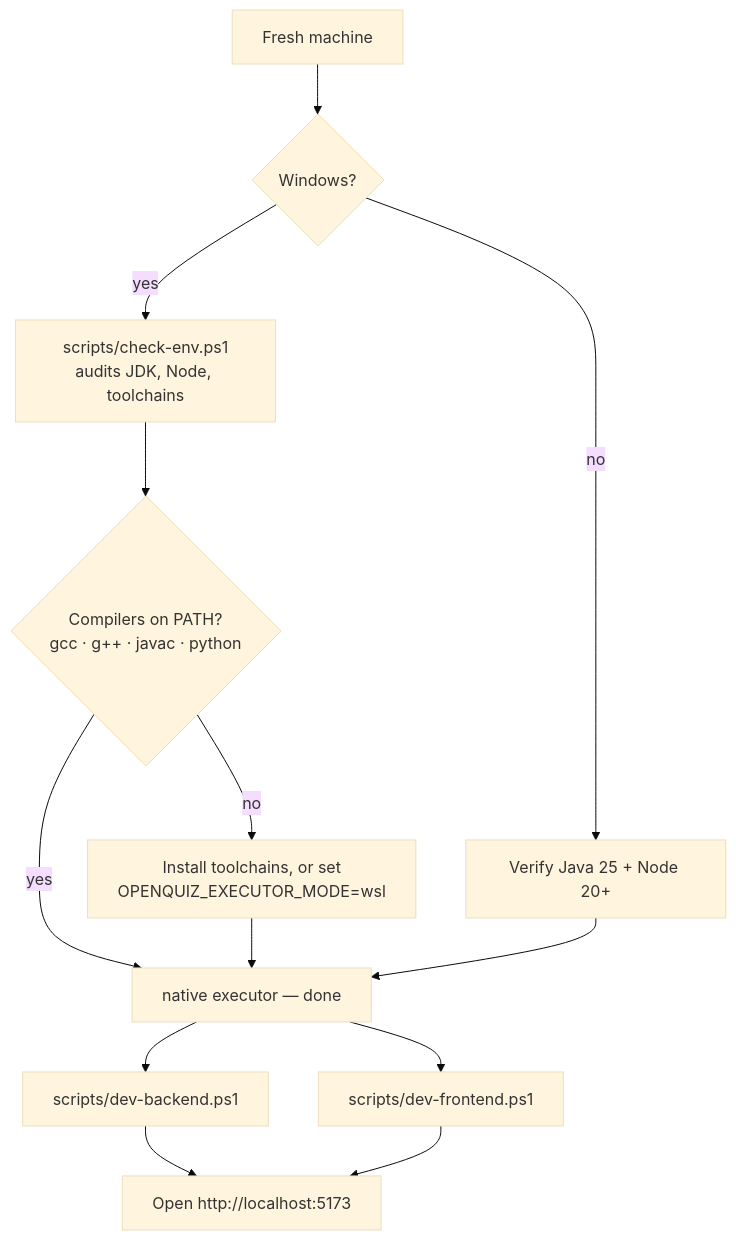
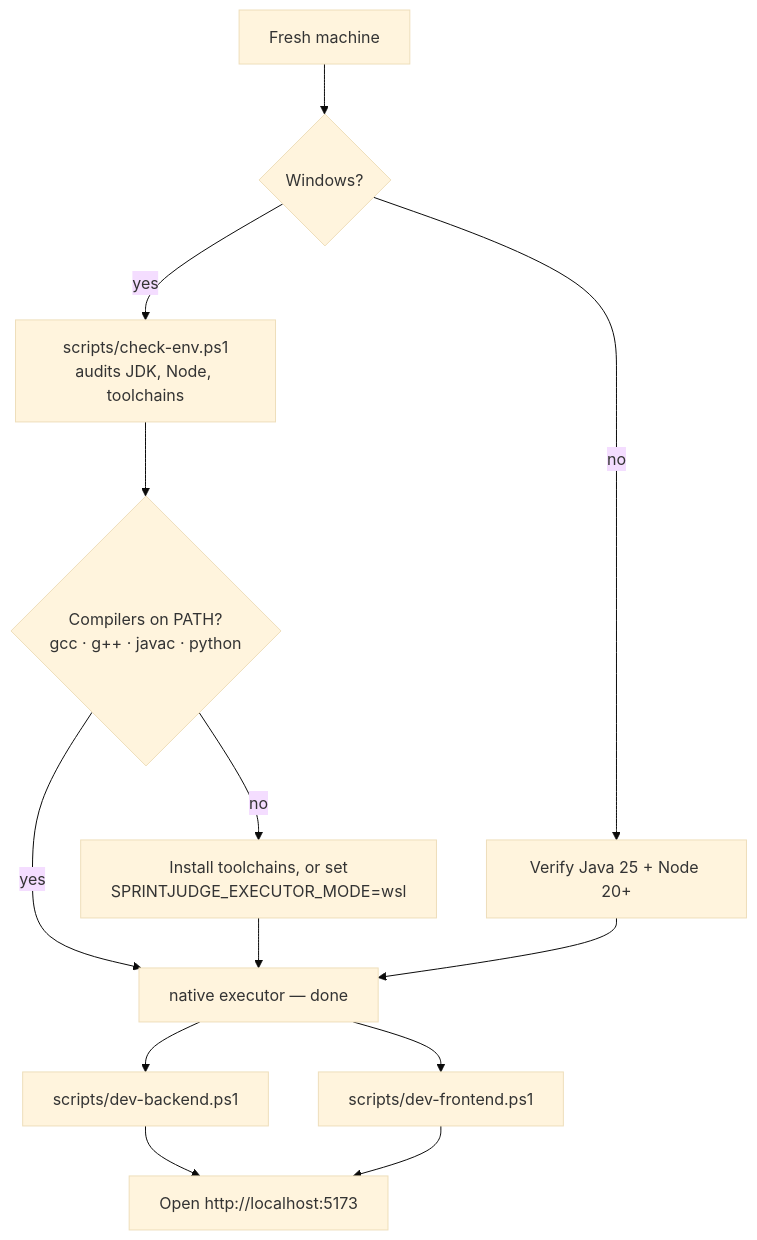
The diagram in docs/getting-started.md (richie-rich90454/SprintJudge), drawn with Mermaid (base theme) before and after one commit. The commit also changed other lines of this file, not shown here.

````diff
--- a/docs/getting-started.md
+++ b/docs/getting-started.md
@@ -7,15 +7,15 @@
 ```mermaid
 flowchart TD
     A["Fresh machine"] --> B{"Windows?"}
     B -->|"yes"| C["scripts/check-env.ps1<br/>audits JDK, Node, toolchains"]
     B -->|"no"| D["Verify Java 25 + Node 20+"]
     C --> E{"Compilers on PATH?<br/>gcc · g++ · javac · python"}
     E -->|"yes"| F["native executor — done"]
-    E -->|"no"| G["Install toolchains, or set<br/>OPENQUIZ_EXECUTOR_MODE=wsl"]
+    E -->|"no"| G["Install toolchains, or set<br/>SPRINTJUDGE_EXECUTOR_MODE=wsl"]
     D --> F
     G --> F
     F --> H["scripts/dev-backend.ps1"]
     F --> I["scripts/dev-frontend.ps1"]
     H --> J["Open http://localhost:5173"]
     I --> J
 ```
````
